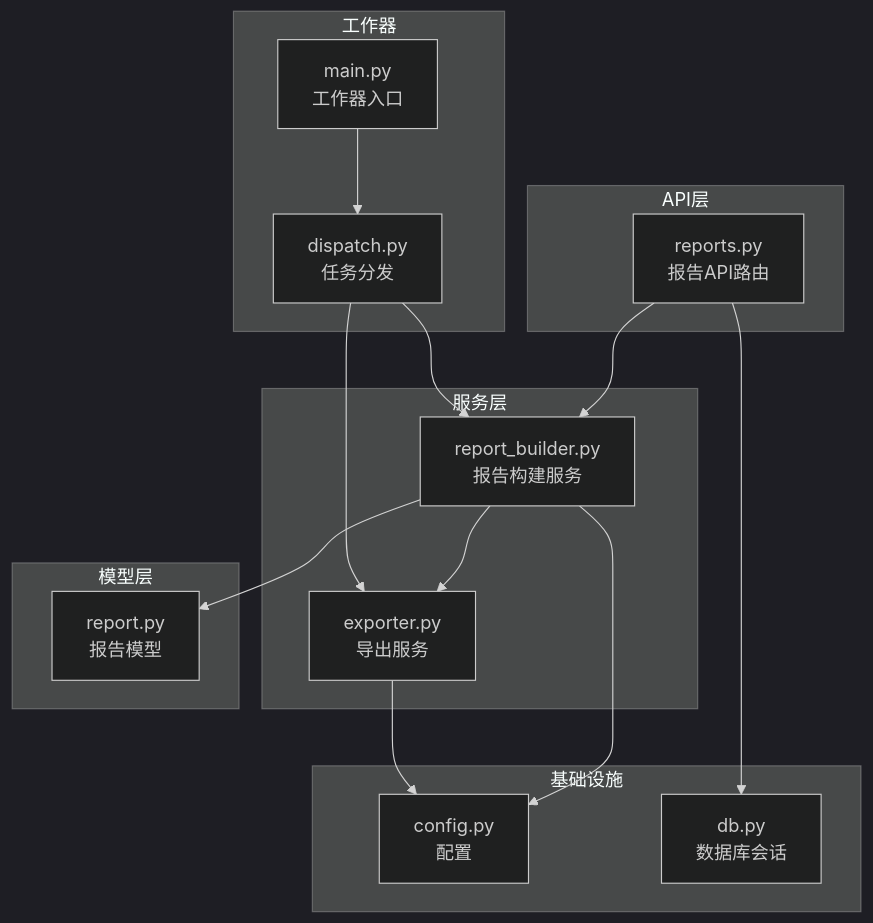
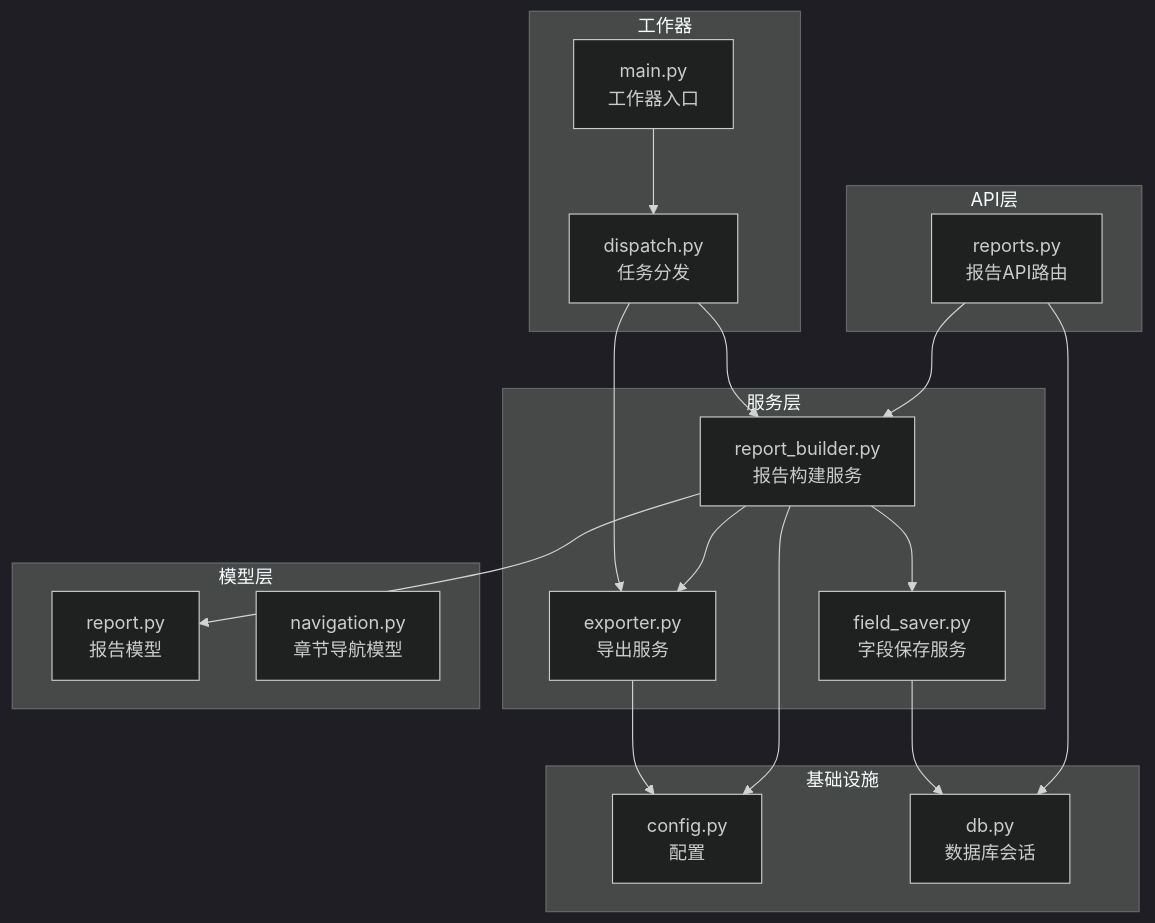
One commit to vu1Art1st/talos changed the first of 3 diagrams in .qoder/repowiki/zh/content/后端API文档/报告生成API.md. Above: the diagram before and after it, drawn with Mermaid (dark theme). The commit also changed other lines of this file and 129 other files, not shown here.

````diff
--- a/.qoder/repowiki/zh/content/后端API文档/报告生成API.md
+++ b/.qoder/repowiki/zh/content/后端API文档/报告生成API.md
@@ -34,30 +43,34 @@
 ```mermaid
 graph TB
 subgraph "API层"
 R["reports.py<br/>报告API路由"]
 end
 subgraph "服务层"
 RB["report_builder.py<br/>报告构建服务"]
 EX["exporter.py<br/>导出服务"]
+FS["field_saver.py<br/>字段保存服务"]
 end
 subgraph "模型层"
 MR["report.py<br/>报告模型"]
+NS["navigation.py<br/>章节导航模型"]
 end
 subgraph "工作器"
 WM["main.py<br/>工作器入口"]
 WD["dispatch.py<br/>任务分发"]
 end
 subgraph "基础设施"
 CFG["config.py<br/>配置"]
 DB["db.py<br/>数据库会话"]
 end
 R --> RB
 RB --> EX
+RB --> FS
 RB --> MR
 R --> DB
 WM --> WD
 WD --> RB
 WD --> EX
 RB --> CFG
 EX --> CFG
+FS --> DB
 ```
````
